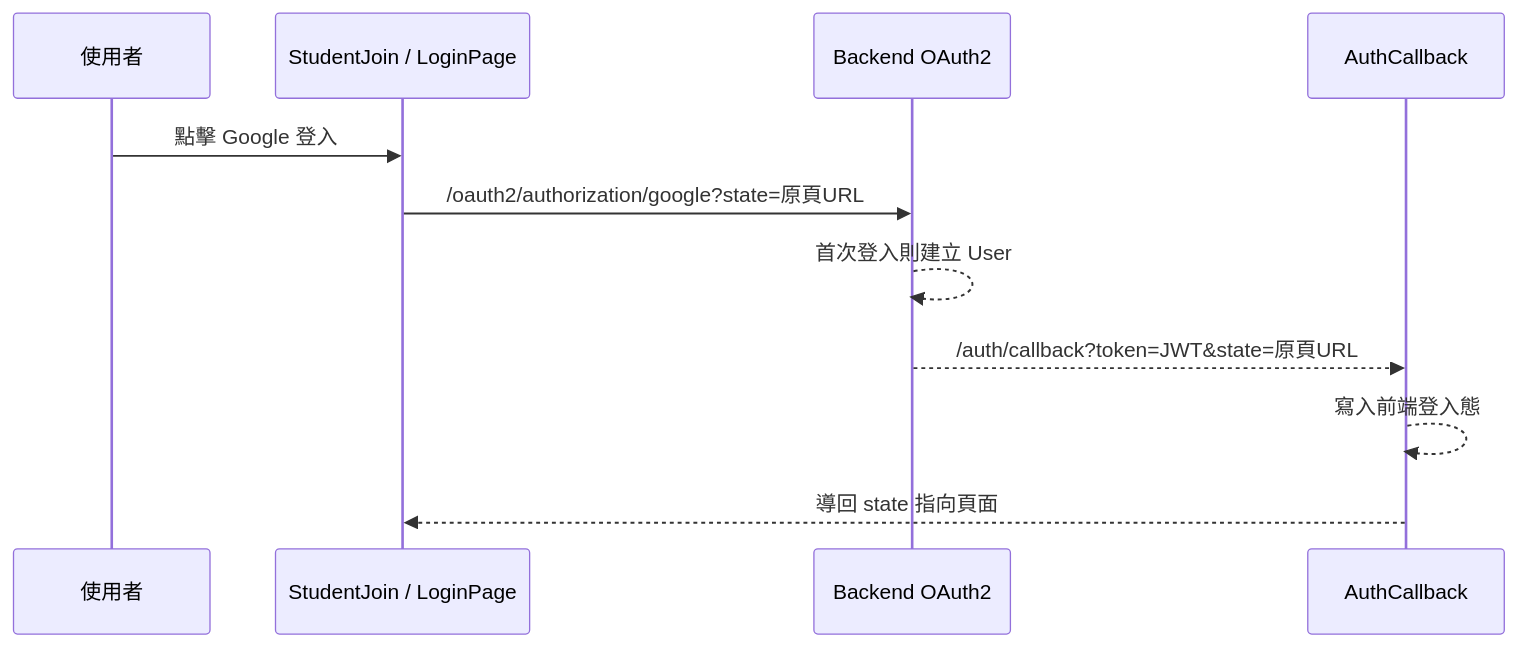
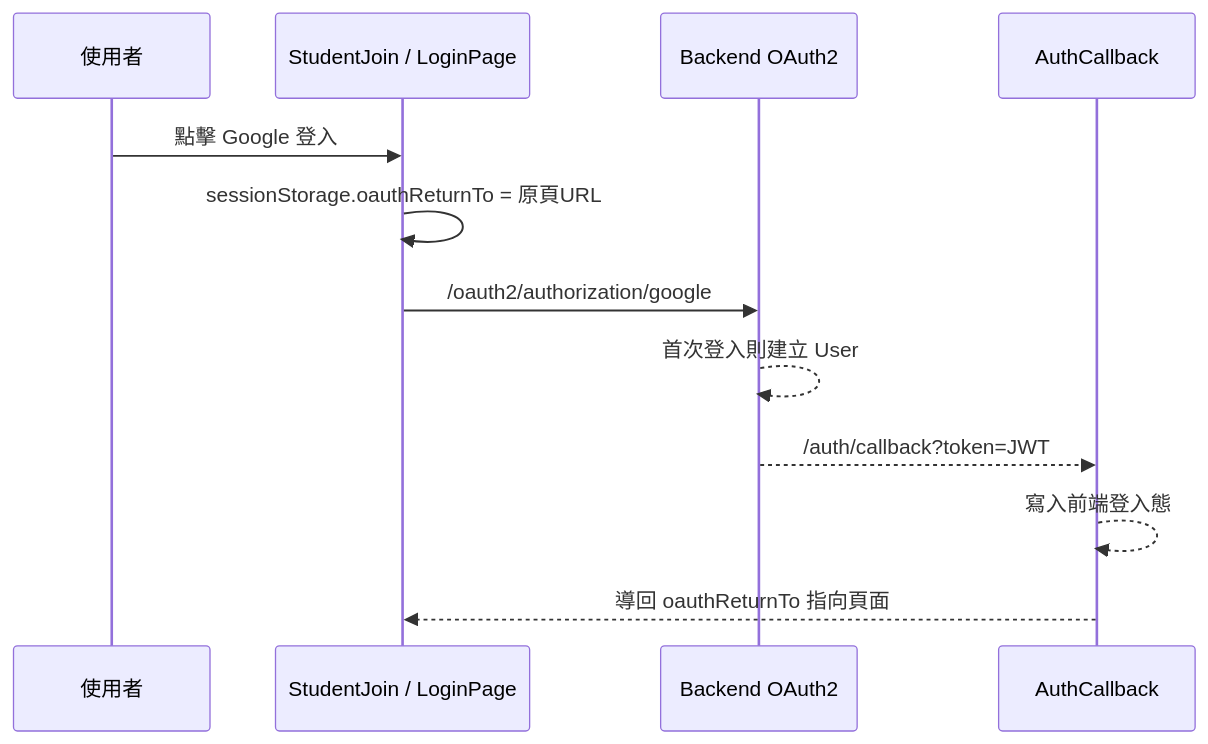
Before and after one commit to kevintsai1202/exam_system: diagram 24 of 35 in spec.md, drawn with Mermaid. The commit also changed other lines of this file and 7 other files, not shown here.

Commit message:
fix: correct oauth return flow and student redirect

````diff
--- a/spec.md
+++ b/spec.md
@@ -1849,14 +1849,15 @@
 ```mermaid
 sequenceDiagram
     participant U as 使用者
     participant SJ as StudentJoin / LoginPage
     participant BE as Backend OAuth2
     participant CB as AuthCallback
 
     U->>SJ: 點擊 Google 登入
-    SJ->>BE: /oauth2/authorization/google?state=原頁URL
+    SJ->>SJ: sessionStorage.oauthReturnTo = 原頁URL
+    SJ->>BE: /oauth2/authorization/google
     BE-->>BE: 首次登入則建立 User
-    BE-->>CB: /auth/callback?token=JWT&state=原頁URL
+    BE-->>CB: /auth/callback?token=JWT
     CB-->>CB: 寫入前端登入態
-    CB-->>SJ: 導回 state 指向頁面
+    CB-->>SJ: 導回 oauthReturnTo 指向頁面
 ```
````
